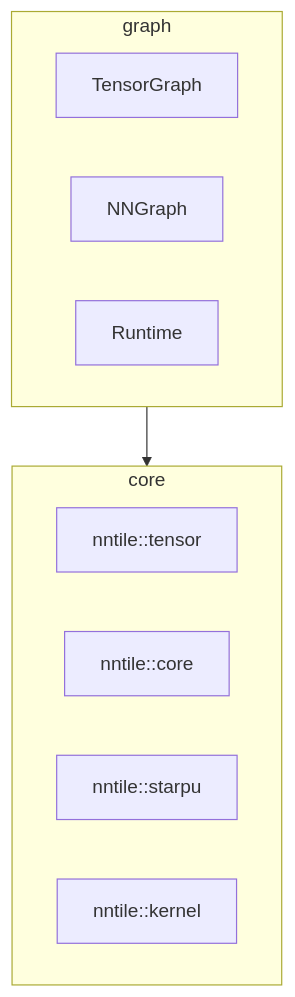
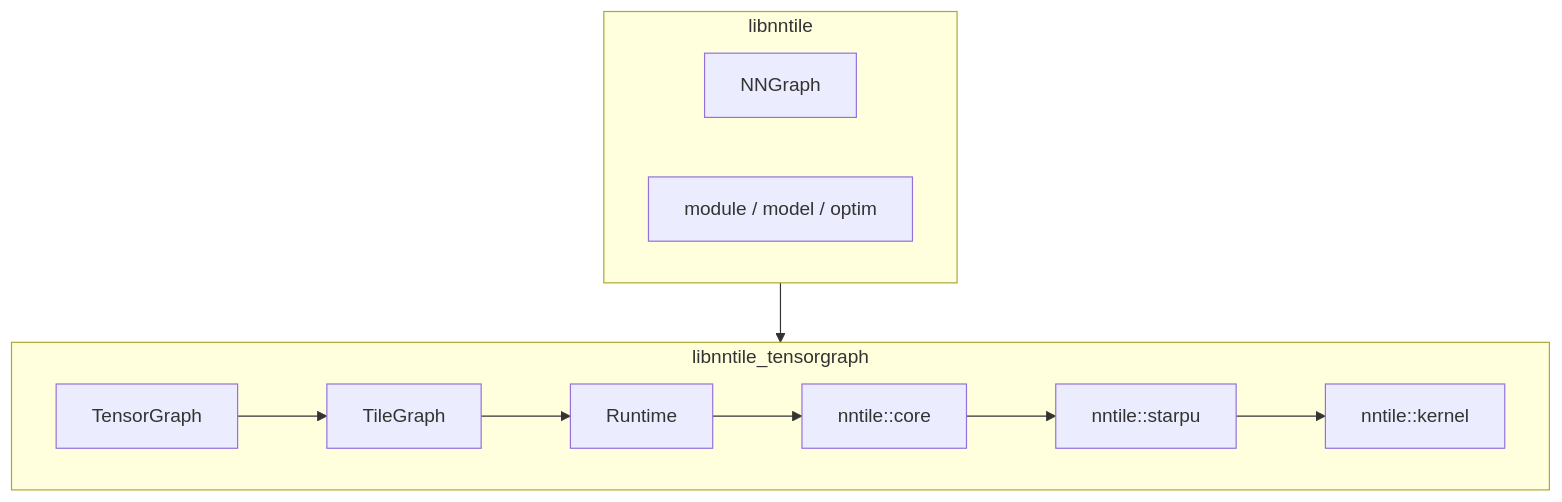
Before and after one commit to nntile/nntile: the diagram in docs/cpp/README.md, drawn with Mermaid. The commit also changed other lines of this file and 17 other files, not shown here.

First line of the commit message:
Split library into libnntile_tensorgraph and libnntile

````diff
--- a/docs/cpp/README.md
+++ b/docs/cpp/README.md
@@ -15,15 +17,17 @@
 ```mermaid
 flowchart TB
-  subgraph graph_pkg [graph]
+  subgraph high [libnntile]
+    NN[NNGraph]
+    Mod[module / model / optim]
+  end
+  subgraph tg [libnntile_tensorgraph]
     TG[TensorGraph]
-    NN[NNGraph]
+    TileG[TileGraph]
     RT[Runtime]
-  end
-  subgraph core_pkg [core]
-    Tensor[nntile::tensor]
-    Tile[nntile::core]
+    Core[nntile::core]
     StarPU[nntile::starpu]
     Kernel[nntile::kernel]
   end
-  graph_pkg --> core_pkg
+  high --> tg
+  TG --> TileG --> RT --> Core --> StarPU --> Kernel
 ```
````
